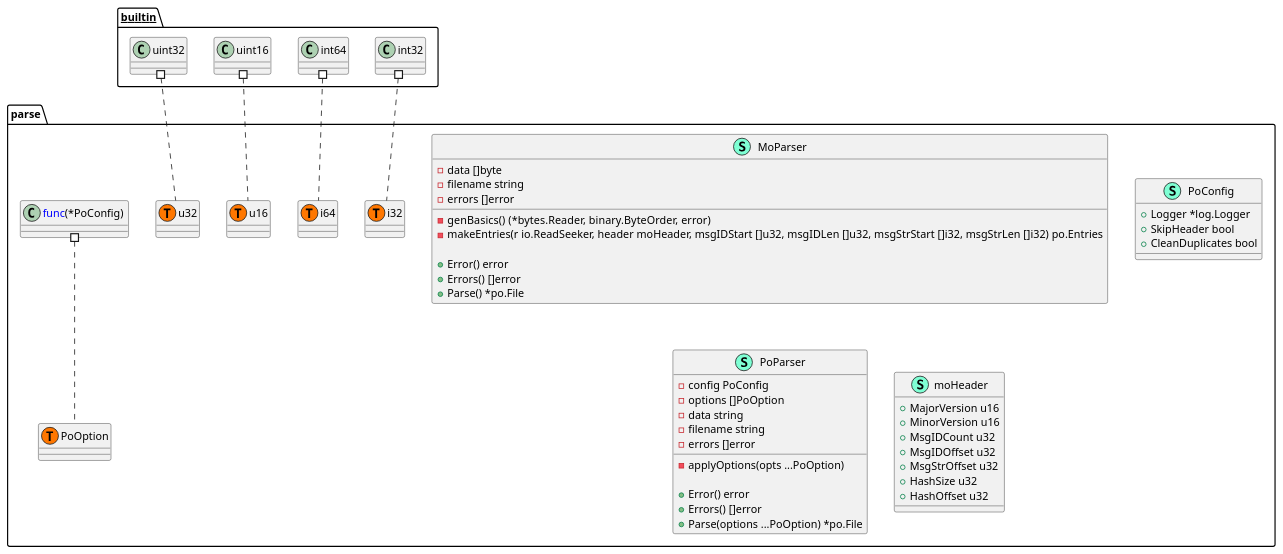
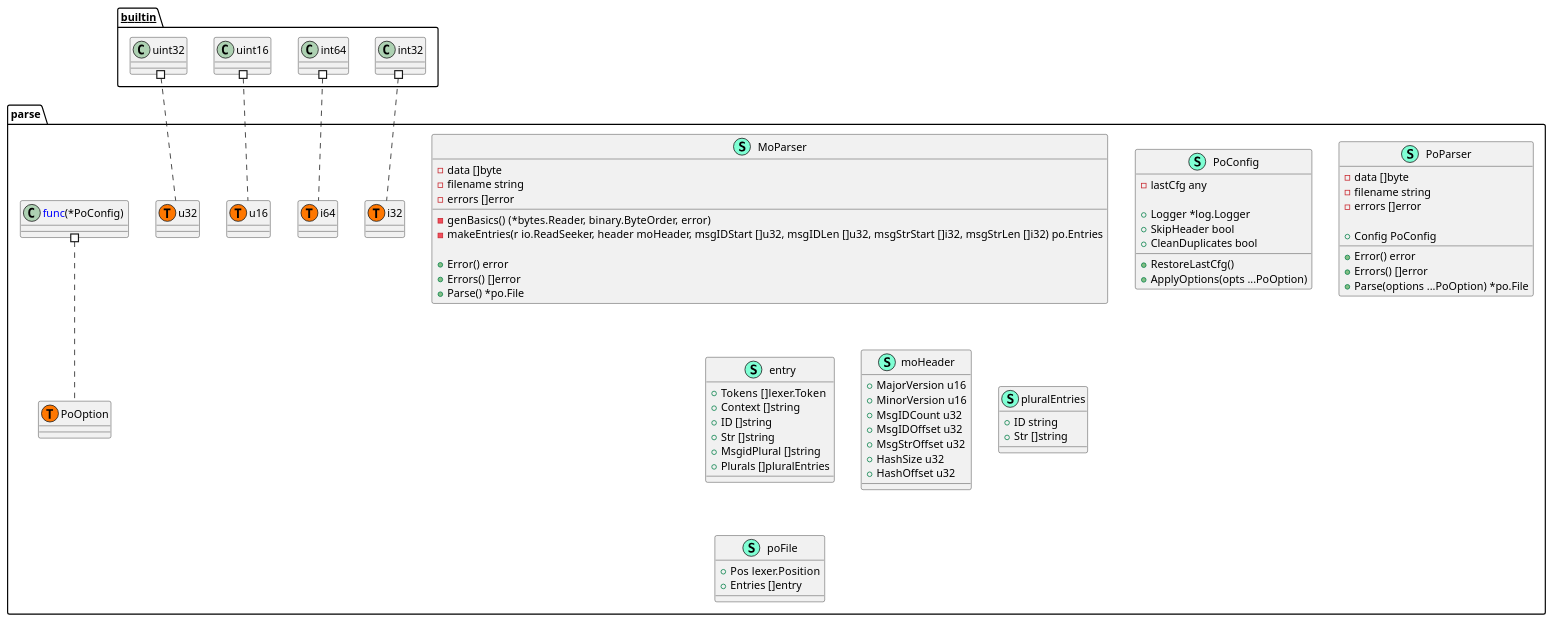
One commit to Tom5521/gotext-tools changed the diagram in pkg/po/parse/structure.puml. Above: the diagram before and after it, drawn with PlantUML. The commit also changed 7 other files, not shown here.

Commit message:
docs: Update UML files

```diff
--- a/pkg/po/parse/structure.puml
+++ b/pkg/po/parse/structure.puml
@@ -1,64 +1,86 @@
 @startuml
 namespace parse {
     class MoParser << (S,Aquamarine) >> {
         - data []byte
         - filename string
         - errors []error
 
         - genBasics() (*bytes.Reader, binary.ByteOrder, error)
         - makeEntries(r io.ReadSeeker, header moHeader, msgIDStart []u32, msgIDLen []u32, msgStrStart []i32, msgStrLen []i32) po.Entries
 
         + Error() error
         + Errors() []error
         + Parse() *po.File
 
     }
     class PoConfig << (S,Aquamarine) >> {
+        - lastCfg any
+
         + Logger *log.Logger
         + SkipHeader bool
         + CleanDuplicates bool
 
+        + RestoreLastCfg() 
+        + ApplyOptions(opts ...PoOption) 
+
     }
     class PoParser << (S,Aquamarine) >> {
-        - config PoConfig
-        - options []PoOption
-        - data string
+        - data []byte
         - filename string
         - errors []error
 
-        - applyOptions(opts ...PoOption) 
+        + Config PoConfig
 
         + Error() error
         + Errors() []error
         + Parse(options ...PoOption) *po.File
+
+    }
+    class entry << (S,Aquamarine) >> {
+        + Tokens []lexer.Token
+        + Context []string
+        + ID []string
+        + Str []string
+        + MsgidPlural []string
+        + Plurals []pluralEntries
 
     }
     class moHeader << (S,Aquamarine) >> {
         + MajorVersion u16
         + MinorVersion u16
         + MsgIDCount u32
         + MsgIDOffset u32
         + MsgStrOffset u32
         + HashSize u32
         + HashOffset u32
 
     }
     class parse.PoOption << (T, #FF7700) >>  {
     }
     class parse.i32 << (T, #FF7700) >>  {
     }
     class parse.i64 << (T, #FF7700) >>  {
     }
     class parse.u16 << (T, #FF7700) >>  {
     }
     class parse.u32 << (T, #FF7700) >>  {
     }
+    class pluralEntries << (S,Aquamarine) >> {
+        + ID string
+        + Str []string
+
+    }
+    class poFile << (S,Aquamarine) >> {
+        + Pos lexer.Position
+        + Entries []entry
+
+    }
 }
 
 
 "__builtin__.int32" #.. "parse.i32"
 "__builtin__.int64" #.. "parse.i64"
 "__builtin__.uint16" #.. "parse.u16"
 "__builtin__.uint32" #.. "parse.u32"
 "parse.<font color=blue>func</font>(*PoConfig) " #.. "parse.PoOption"
 @enduml
```
